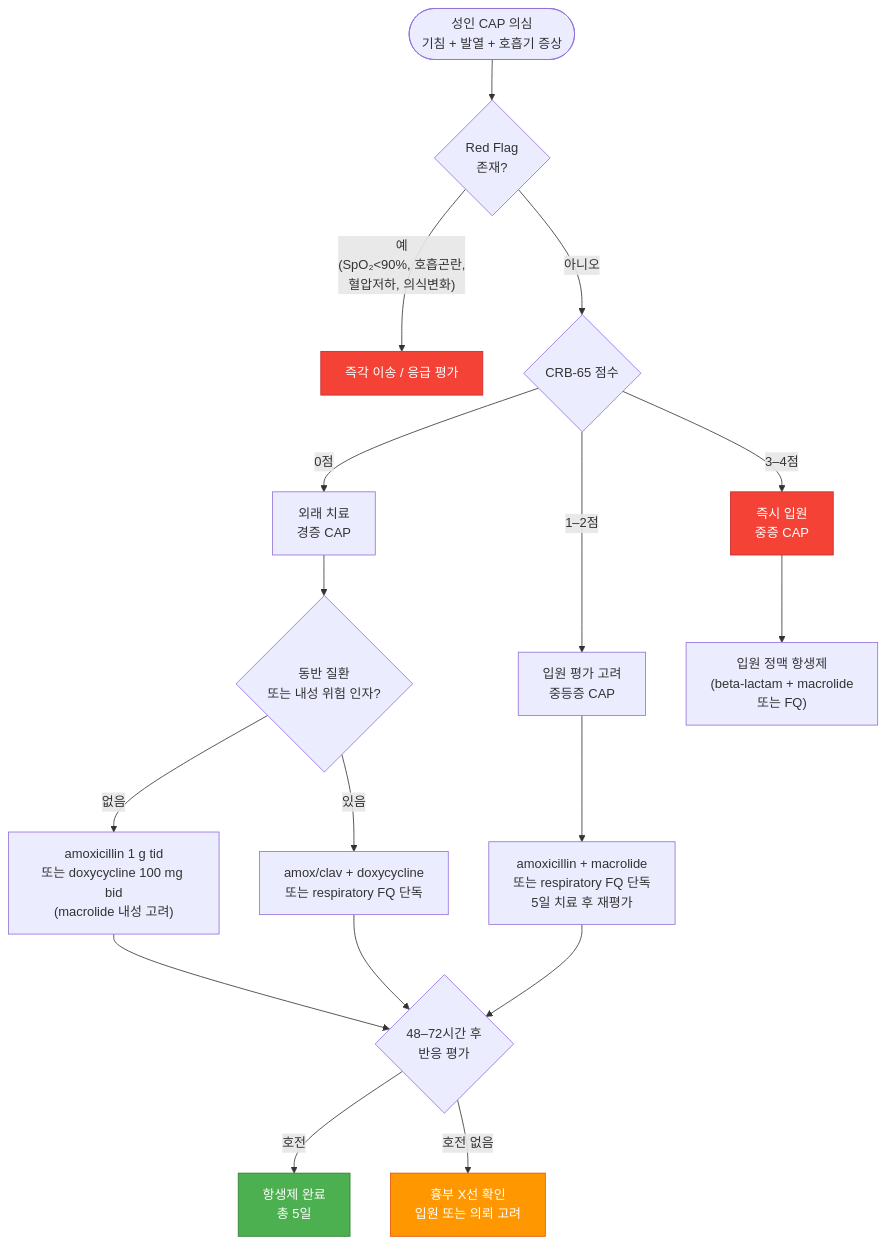
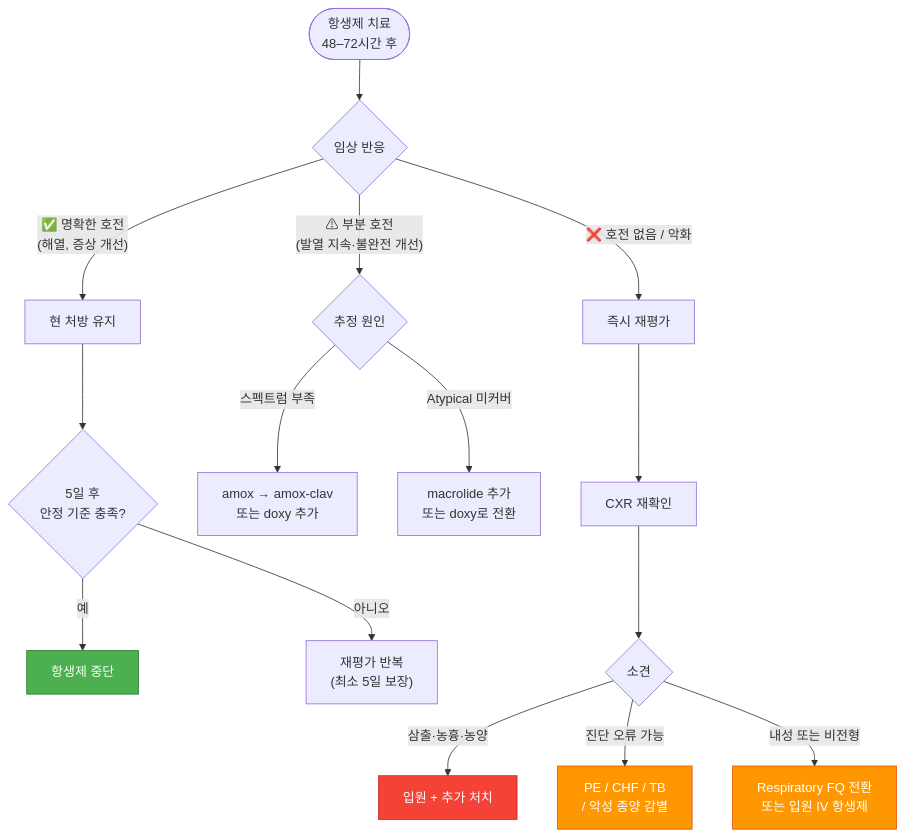
The second of 2 diagrams in 223_/068_-pneumonia.md (familyoh77/familyoh77), drawn with Mermaid before and after one commit. The commit also changed other lines of this file, not shown here.

````diff
--- a/223_/068_-pneumonia.md
+++ b/223_/068_-pneumonia.md
@@ -137,28 +339,25 @@
 ```mermaid
 flowchart TD
-    A([성인 CAP 의심\n기침 + 발열 + 호흡기 증상]) --> B{Red Flag\n존재?}
-    B -- "예\n(SpO₂<90%, 호흡곤란,\n혈압저하, 의식변화)" --> C[즉각 이송 / 응급 평가]
-    B -- 아니오 --> D{CRB-65 점수}
+    A(["항생제 치료<br/>48–72시간 후"]) --> B{임상 반응}
 
-    D -- "0점" --> E[외래 치료\n경증 CAP]
-    D -- "1–2점" --> F[입원 평가 고려\n중등증 CAP]
-    D -- "3–4점" --> G[즉시 입원\n중증 CAP]
+    B -- "✅ 명확한 호전<br/>(해열, 증상 개선)" --> C[현 처방 유지]
+    C --> D{"5일 후<br/>안정 기준 충족?"}
+    D -- 예 --> E[항생제 중단]
+    D -- 아니오 --> F["재평가 반복<br/>(최소 5일 보장)"]
 
-    E --> H{동반 질환\n또는 내성 위험 인자?}
-    H -- 없음 --> I["amoxicillin 1 g tid\n또는 doxycycline 100 mg bid\n(macrolide 내성 고려)"]
-    H -- 있음 --> J["amox/clav + doxycycline\n또는 respiratory FQ 단독"]
+    B -- "⚠ 부분 호전<br/>(발열 지속·불완전 개선)" --> G{추정 원인}
+    G -- "스펙트럼 부족" --> H["amox → amox-clav<br/>또는 doxy 추가"]
+    G -- "Atypical 미커버" --> I["macrolide 추가<br/>또는 doxy로 전환"]
 
-    F --> K["amoxicillin + macrolide\n또는 respiratory FQ 단독\n5일 치료 후 재평가"]
-    G --> L["입원 정맥 항생제\n(beta-lactam + macrolide\n또는 FQ)"]
+    B -- "❌ 호전 없음 / 악화" --> J[즉시 재평가]
+    J --> K[CXR 재확인]
+    K --> L{소견}
+    L -- "삼출·농흉·농양" --> M[입원 + 추가 처치]
+    L -- "진단 오류 가능" --> N["PE / CHF / TB<br/>/ 악성 종양 감별"]
+    L -- "내성 또는 비전형" --> O["Respiratory FQ 전환<br/>또는 입원 IV 항생제"]
 
-    I --> M{48–72시간 후\n반응 평가}
-    J --> M
-    K --> M
-    M -- 호전 --> N[항생제 완료\n총 5일]
-    M -- 호전 없음 --> O[흉부 X선 확인\n입원 또는 의뢰 고려]
-
-    style C fill:#f44336,stroke:#c62828,color:#fff
-    style G fill:#f44336,stroke:#c62828,color:#fff
+    style E fill:#4caf50,stroke:#2e7d32,color:#fff
+    style M fill:#f44336,stroke:#c62828,color:#fff
+    style N fill:#ff9800,stroke:#e65100,color:#fff
     style O fill:#ff9800,stroke:#e65100,color:#fff
-    style N fill:#4caf50,stroke:#2e7d32,color:#fff
 ```
````
